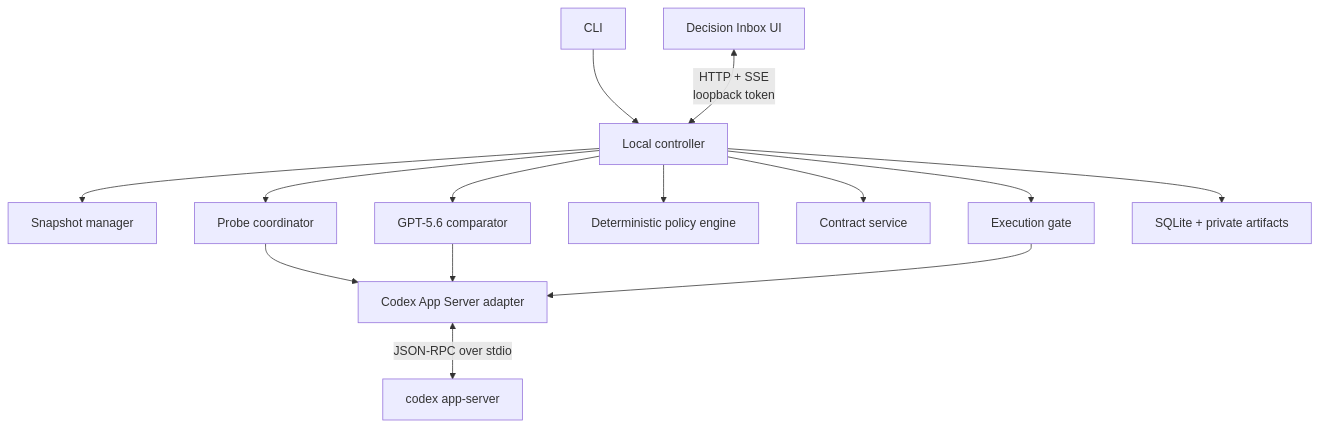
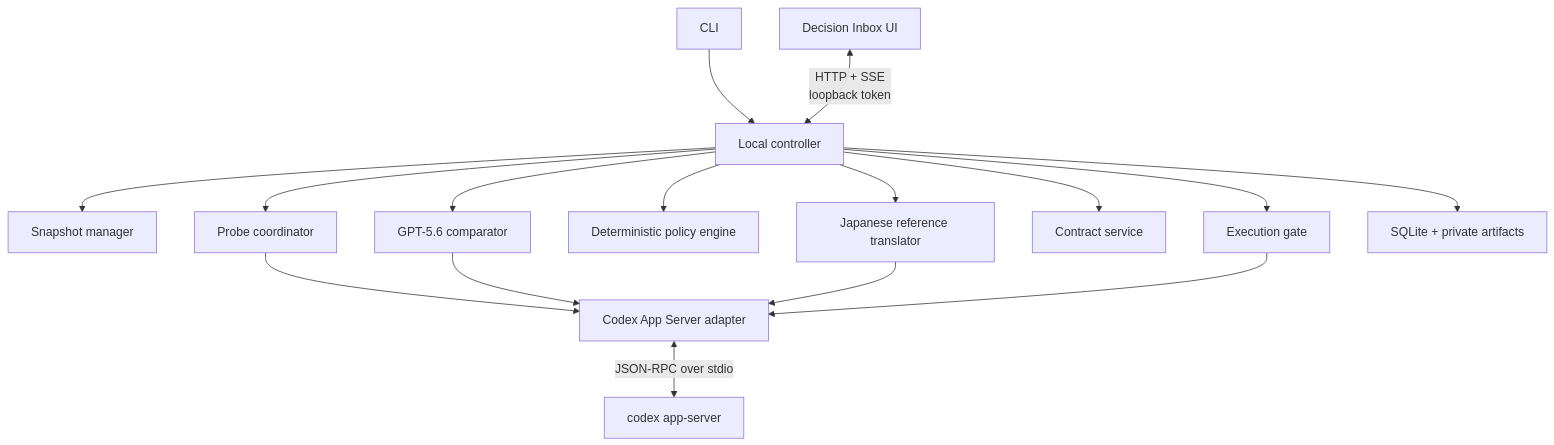
Before and after one commit to shuto-S/prompt-tripwire: the diagram in docs/ARCHITECTURE.md, drawn with Mermaid. The commit also changed other lines of this file and 56 other files, not shown here.

````diff
--- a/docs/ARCHITECTURE.md
+++ b/docs/ARCHITECTURE.md
@@ -46,16 +46,18 @@
 ```mermaid
 flowchart TB
     CLI["CLI"] --> Controller["Local controller"]
     UI["Decision Inbox UI"] <-->|"HTTP + SSE\nloopback token"| Controller
     Controller --> Snapshot["Snapshot manager"]
     Controller --> Planner["Probe coordinator"]
     Planner --> AppAdapter["Codex App Server adapter"]
     AppAdapter <-->|"JSON-RPC over stdio"| Codex["codex app-server"]
     Controller --> Comparator["GPT-5.6 comparator"]
     Comparator --> AppAdapter
     Controller --> Policy["Deterministic policy engine"]
+    Controller --> Translation["Japanese reference translator"]
+    Translation --> AppAdapter
     Controller --> Contracts["Contract service"]
     Controller --> Gate["Execution gate"]
     Gate --> AppAdapter
     Controller --> Store["SQLite + private artifacts"]
 ```
````
